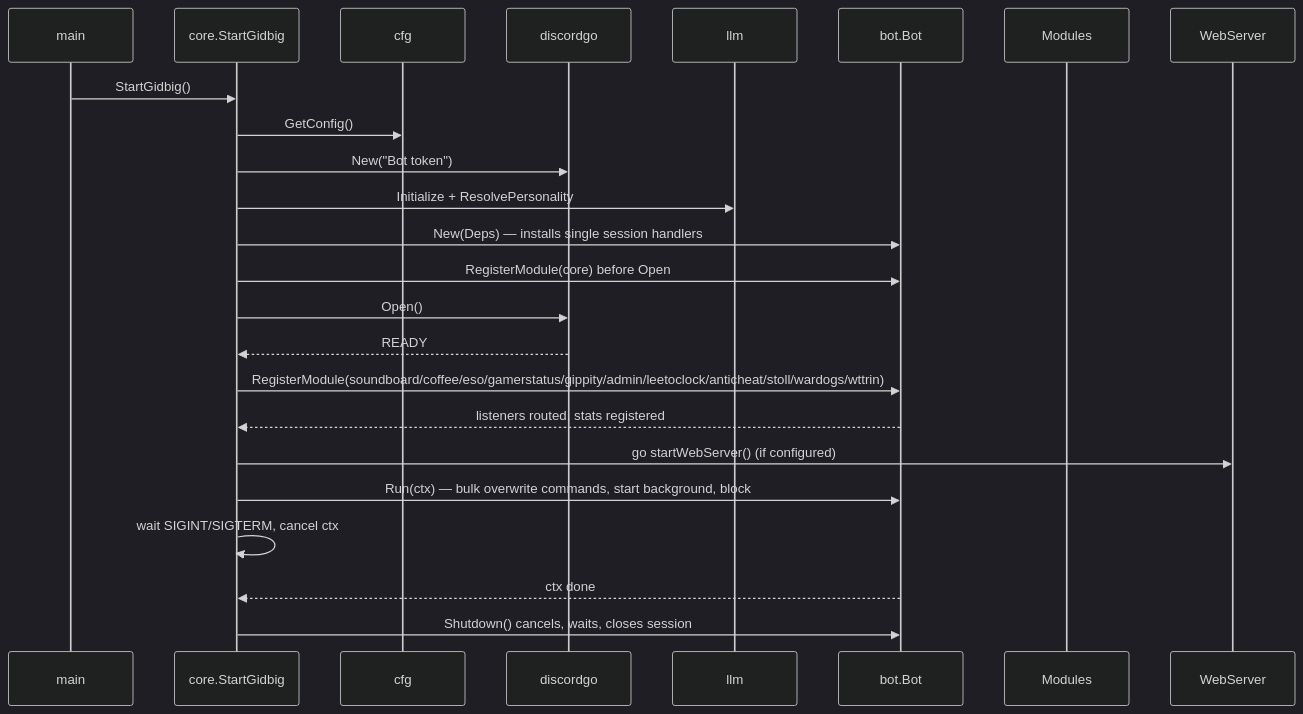
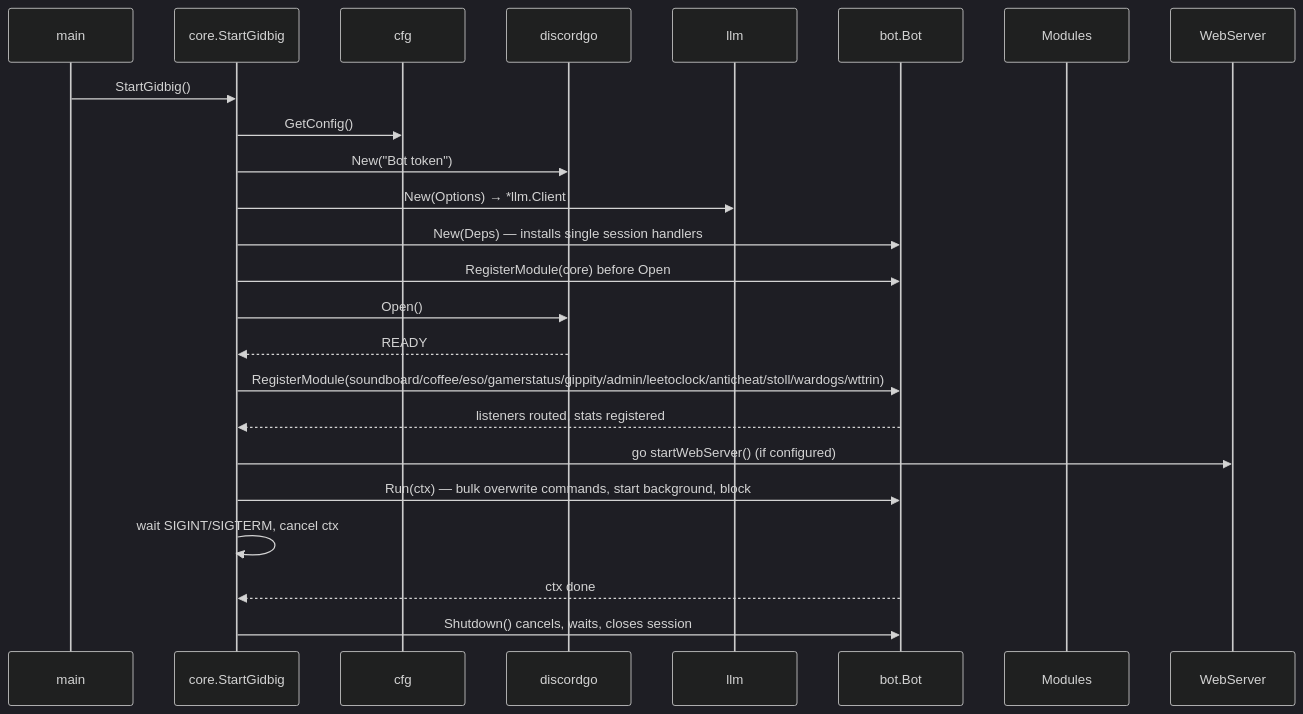
One commit to toksikk/gidbig changed the diagram in docs/modules/core.md. Above: the diagram before and after it, drawn with Mermaid (dark theme). The commit also changed 13 other files, not shown here.

First line of the commit message:
refactor (#183): inject llm.Client through Deps; drop llm globals

````diff
--- a/docs/modules/core.md
+++ b/docs/modules/core.md
@@ -23,27 +23,27 @@
 ```mermaid
 sequenceDiagram
     participant main
     participant core as core.StartGidbig
     participant cfg
     participant dg as discordgo
     participant llm
     participant bot as bot.Bot
     participant mod as Modules
     participant web as WebServer
 
     main->>core: StartGidbig()
     core->>cfg: GetConfig()
     core->>dg: New("Bot token")
-    core->>llm: Initialize + ResolvePersonality
+    core->>llm: New(Options) → *llm.Client
     core->>bot: New(Deps) — installs single session handlers
     core->>bot: RegisterModule(core) before Open
     core->>dg: Open()
     dg-->>core: READY
     core->>bot: RegisterModule(soundboard/coffee/eso/gamerstatus/gippity/admin/leetoclock/anticheat/stoll/wardogs/wttrin)
     bot-->>core: listeners routed, stats registered
     core->>web: go startWebServer() (if configured)
     core->>bot: Run(ctx) — bulk overwrite commands, start background, block
     core->>core: wait SIGINT/SIGTERM, cancel ctx
     bot-->>core: ctx done
     core->>bot: Shutdown() cancels, waits, closes session
 ```
````
